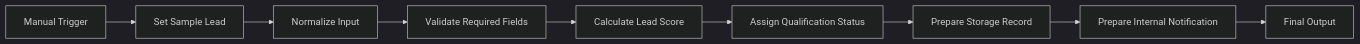
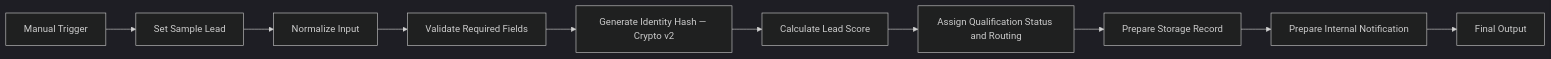
The first of 2 diagrams in 02 - Projects/Automation/Lead Qualification Practice/Architecture.md (mgaminglang-tech/MySecondBrain), drawn with Mermaid (dark theme) before and after one commit. The commit also changed other lines of this file and 8 other files, not shown here.

Commit message:
Finalize Lead Qualification DEV architecture

````diff
--- a/02 - Projects/Automation/Lead Qualification Practice/Architecture.md
+++ b/02 - Projects/Automation/Lead Qualification Practice/Architecture.md
@@ -29,11 +29,12 @@
 ```mermaid
 flowchart LR
     A["Manual Trigger"] --> B["Set Sample Lead"]
     B --> C["Normalize Input"]
     C --> D["Validate Required Fields"]
-    D --> E["Calculate Lead Score"]
-    E --> F["Assign Qualification Status"]
-    F --> G["Prepare Storage Record"]
-    G --> H["Prepare Internal Notification"]
-    H --> I["Final Output"]
+    D --> E["Generate Identity Hash — Crypto v2"]
+    E --> F["Calculate Lead Score"]
+    F --> G["Assign Qualification Status and Routing"]
+    G --> H["Prepare Storage Record"]
+    H --> I["Prepare Internal Notification"]
+    I --> J["Final Output"]
 ```
````
